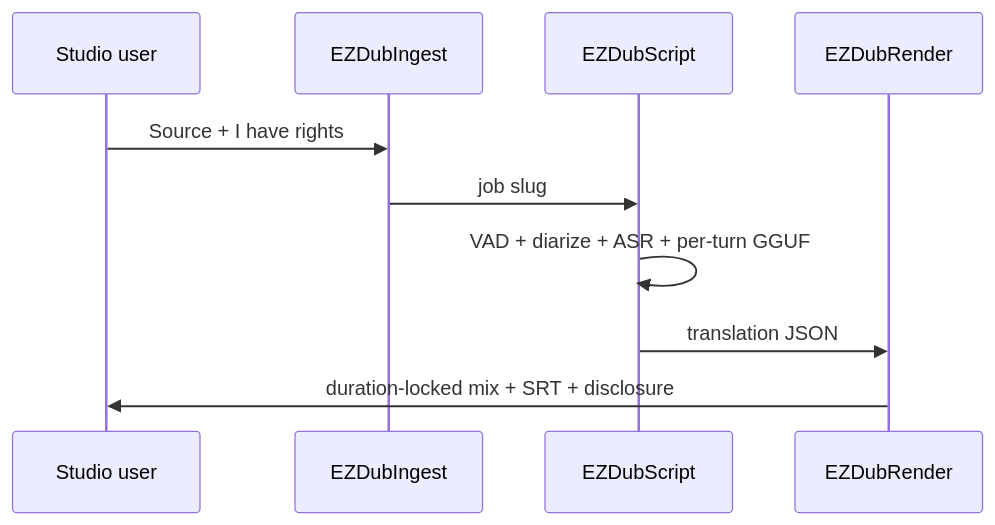
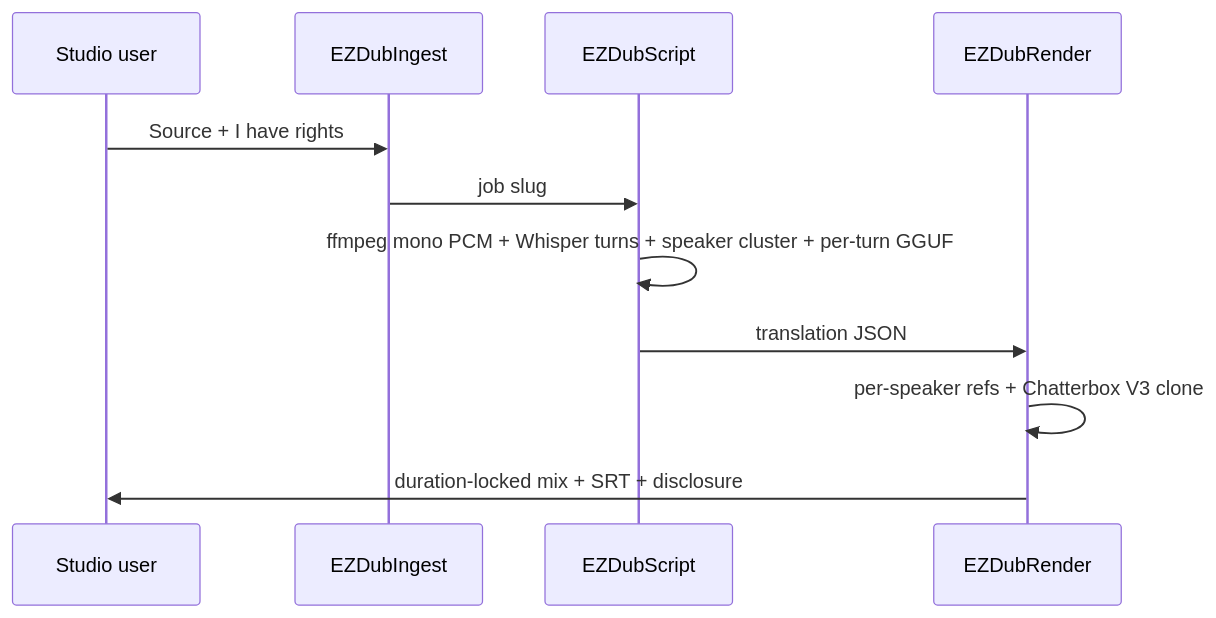
One commit to toxicoder/ez-comfy-stack changed the diagram in docs/dub.md. Above: the diagram before and after it, drawn with Mermaid. The commit also changed other lines of this file and 13 other files, not shown here.

First line of the commit message:
fix: load a complete dub ASR/clone snapshot and stop returning the source mix

````diff
--- a/docs/dub.md
+++ b/docs/dub.md
@@ -164,13 +164,14 @@
 ```mermaid
 sequenceDiagram
   participant U as Studio user
   participant I as EZDubIngest
   participant S as EZDubScript
   participant R as EZDubRender
 
   U->>I: Source + I have rights
   I->>S: job slug
-  S->>S: VAD + diarize + ASR + per-turn GGUF
+  S->>S: ffmpeg mono PCM + Whisper turns + speaker cluster + per-turn GGUF
   S->>R: translation JSON
+  R->>R: per-speaker refs + Chatterbox V3 clone
   R->>U: duration-locked mix + SRT + disclosure
 ```
````
